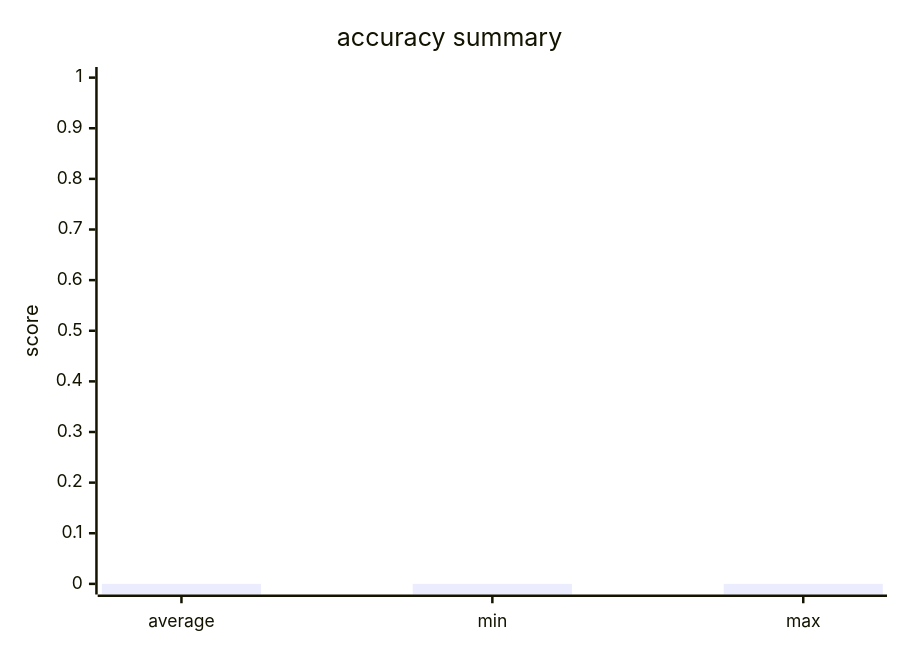
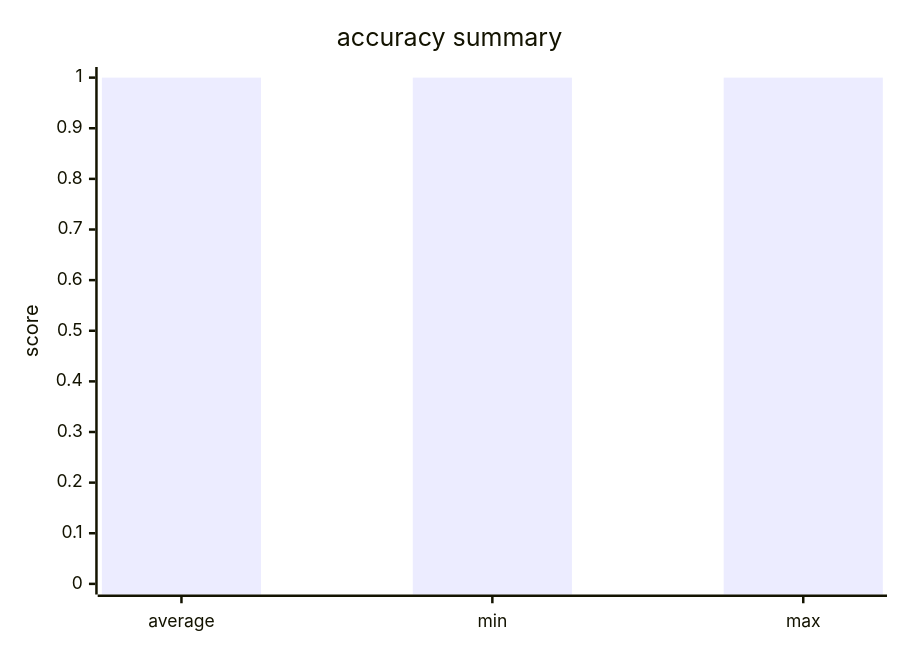
Before and after one commit to coder-booker/HKU-ELEC4848-2025-SDP-MedicalLLM: the diagram in MedicalLLM/evaluation_report.md, drawn with Mermaid. The commit also changed other lines of this file and 26 other files, not shown here.

````diff
--- a/MedicalLLM/evaluation_report.md
+++ b/MedicalLLM/evaluation_report.md
@@ -21,7 +21,7 @@
 ```mermaid
 xychart-beta
     title "accuracy summary"
     x-axis ["average", "min", "max"]
     y-axis "score" 0 --> 1
-    bar [0.0, 0.0, 0.0]
+    bar [1.0, 1.0, 1.0]
 ```
````
